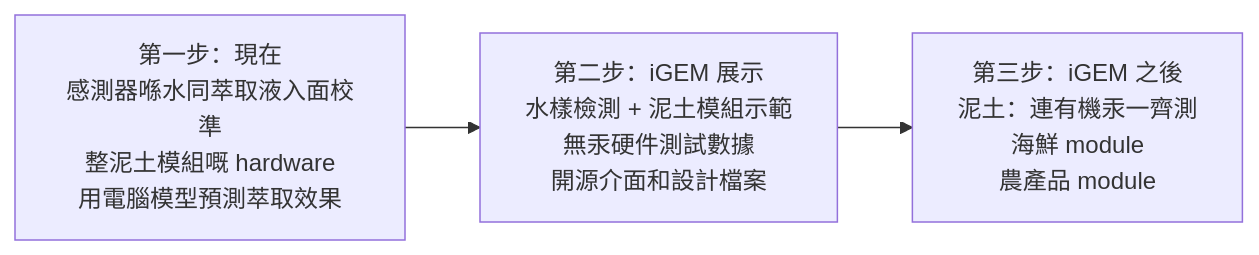
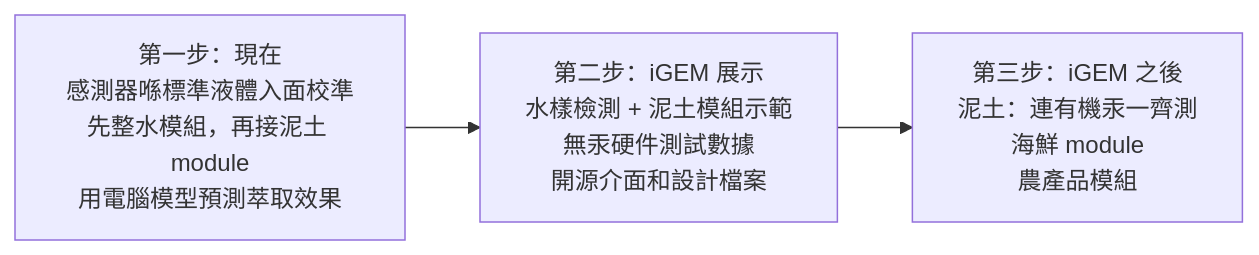
The second of 2 diagrams in docs/00-vision-water-first-platform.md (davidlueng986-alt/igem-mercury-extraction-platform), drawn with Mermaid before and after one commit. The commit also changed other lines of this file and 2 other files, not shown here.

First line of the commit message:
Restructure around a standard conditioning (water) module

````diff
--- a/docs/00-vision-water-first-platform.md
+++ b/docs/00-vision-water-first-platform.md
@@ -146,5 +147,5 @@
 ```mermaid
 flowchart LR
-  P1[第一步：現在<br/>感測器喺水同萃取液入面校準<br/>整泥土模組嘅 hardware<br/>用電腦模型預測萃取效果] --> P2[第二步：iGEM 展示<br/>水樣檢測 + 泥土模組示範<br/>無汞硬件測試數據<br/>開源介面和設計檔案]
-  P2 --> P3[第三步：iGEM 之後<br/>泥土：連有機汞一齊測<br/>海鮮 module<br/>農產品 module]
+  P1[第一步：現在<br/>感測器喺標準液體入面校準<br/>先整水模組，再接泥土 module<br/>用電腦模型預測萃取效果] --> P2[第二步：iGEM 展示<br/>水樣檢測 + 泥土模組示範<br/>無汞硬件測試數據<br/>開源介面和設計檔案]
+  P2 --> P3[第三步：iGEM 之後<br/>泥土：連有機汞一齊測<br/>海鮮 module<br/>農產品模組]
 ```
````
